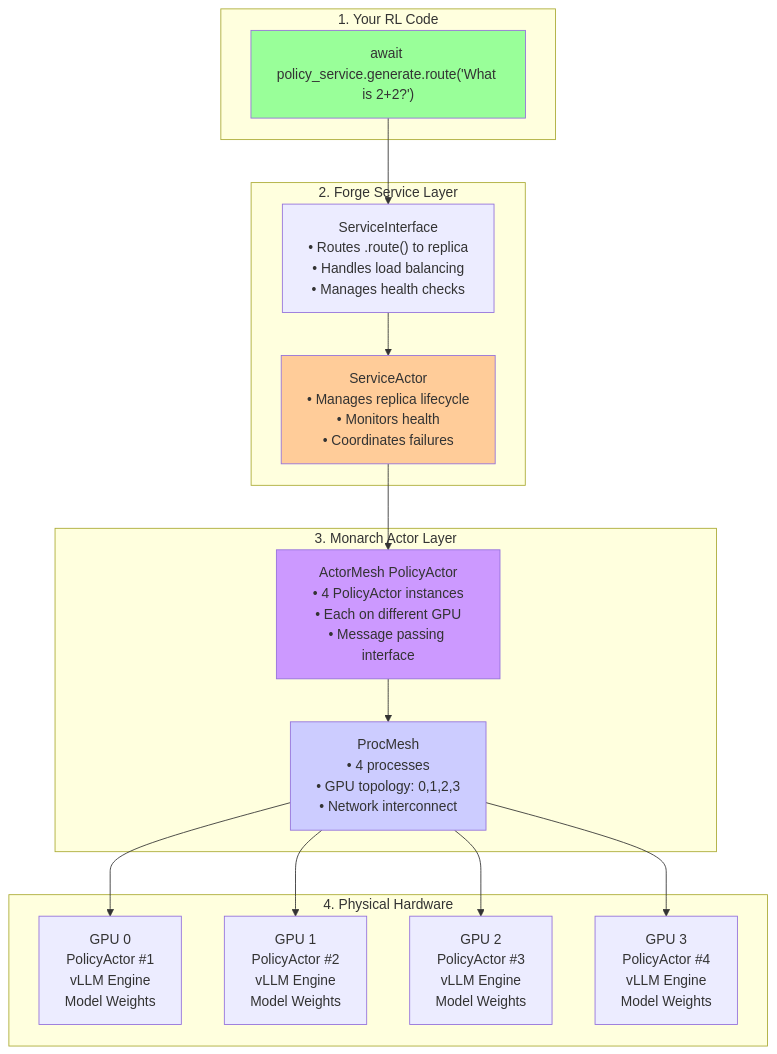
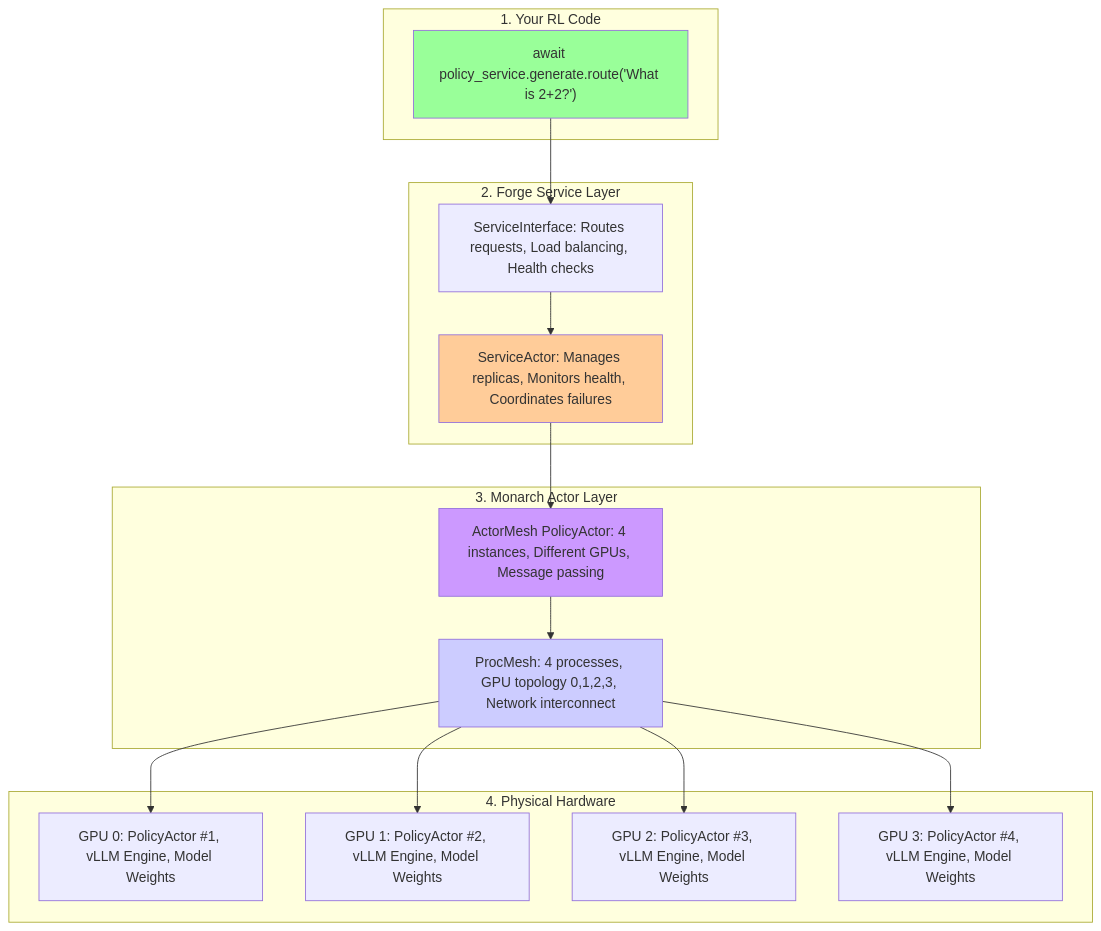
One commit to meta-pytorch/torchforge changed the first of 8 diagrams in docs/Tutorials/3_Monarch_101.MD. Above: the diagram before and after it, drawn with Mermaid. The commit also changed other lines of this file and 2 other files, not shown here.

````diff
--- a/docs/Tutorials/3_Monarch_101.MD
+++ b/docs/Tutorials/3_Monarch_101.MD
@@ -9,37 +9,37 @@
 ```mermaid
 graph TD
     subgraph YourCode["1. Your RL Code"]
         Call["await policy_service.generate.route('What is 2+2?')"]
     end
 
     subgraph ForgeServices["2. Forge Service Layer"]
-        ServiceInterface["ServiceInterface<br/>• Routes .route() to replica<br/>• Handles load balancing<br/>• Manages health checks"]
-        ServiceActor["ServiceActor<br/>• Manages replica lifecycle<br/>• Monitors health<br/>• Coordinates failures"]
+        ServiceInterface["ServiceInterface: Routes requests, Load balancing, Health checks"]
+        ServiceActor["ServiceActor: Manages replicas, Monitors health, Coordinates failures"]
     end
 
     subgraph MonarchLayer["3. Monarch Actor Layer"]
-        ActorMesh["ActorMesh PolicyActor<br/>• 4 PolicyActor instances<br/>• Each on different GPU<br/>• Message passing interface"]
-        ProcMesh["ProcMesh<br/>• 4 processes<br/>• GPU topology: 0,1,2,3<br/>• Network interconnect"]
+        ActorMesh["ActorMesh PolicyActor: 4 instances, Different GPUs, Message passing"]
+        ProcMesh["ProcMesh: 4 processes, GPU topology 0,1,2,3, Network interconnect"]
     end
 
     subgraph Hardware["4. Physical Hardware"]
-        GPU0["GPU 0<br/>PolicyActor #1<br/>vLLM Engine<br/>Model Weights"]
-        GPU1["GPU 1<br/>PolicyActor #2<br/>vLLM Engine<br/>Model Weights"]
-        GPU2["GPU 2<br/>PolicyActor #3<br/>vLLM Engine<br/>Model Weights"]
-        GPU3["GPU 3<br/>PolicyActor #4<br/>vLLM Engine<br/>Model Weights"]
+        GPU0["GPU 0: PolicyActor #1, vLLM Engine, Model Weights"]
+        GPU1["GPU 1: PolicyActor #2, vLLM Engine, Model Weights"]
+        GPU2["GPU 2: PolicyActor #3, vLLM Engine, Model Weights"]
+        GPU3["GPU 3: PolicyActor #4, vLLM Engine, Model Weights"]
     end
 
     Call --> ServiceInterface
     ServiceInterface --> ServiceActor
     ServiceActor --> ActorMesh
     ActorMesh --> ProcMesh
     ProcMesh --> GPU0
     ProcMesh --> GPU1
     ProcMesh --> GPU2
     ProcMesh --> GPU3
 
     style Call fill:#99ff99
     style ServiceActor fill:#ffcc99
     style ActorMesh fill:#cc99ff
     style ProcMesh fill:#ccccff
 ```
````
